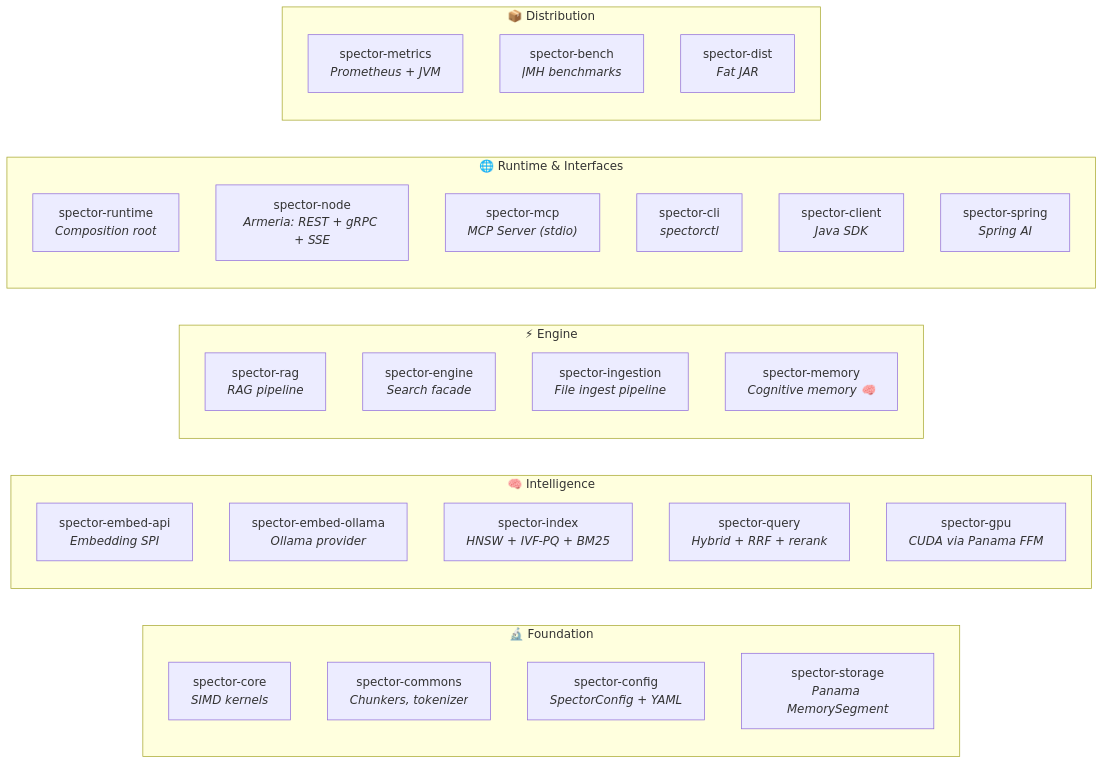
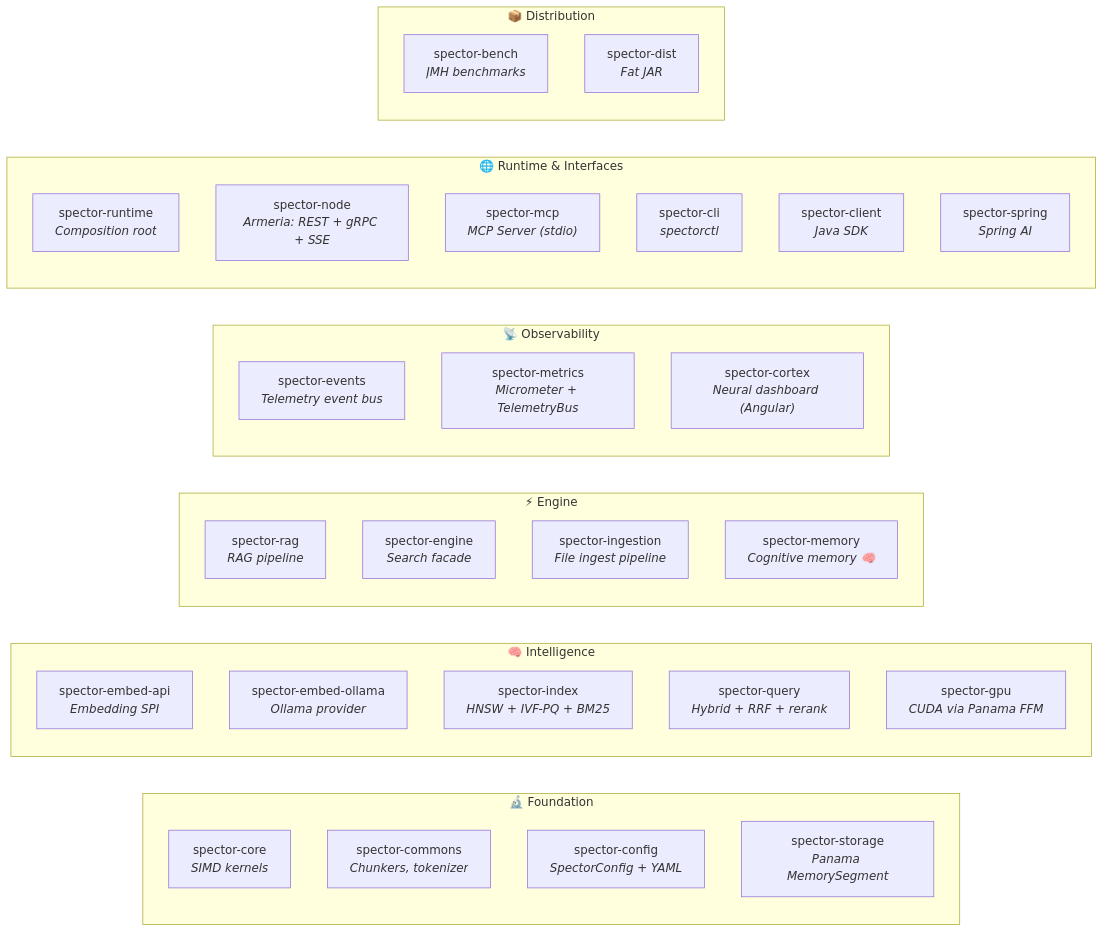
The first of 3 diagrams in docs/docs/modules/index.md (spectrayan/spector-search), drawn with Mermaid before and after one commit. The commit also changed other lines of this file and 9 other files, not shown here.

````diff
--- a/docs/docs/modules/index.md
+++ b/docs/docs/modules/index.md
@@ -9,39 +9,44 @@
 ```mermaid
 graph LR
     subgraph "🔬 Foundation"
         core["spector-core<br/><i>SIMD kernels</i>"]
         commons["spector-commons<br/><i>Chunkers, tokenizer</i>"]
         config["spector-config<br/><i>SpectorConfig + YAML</i>"]
         storage["spector-storage<br/><i>Panama MemorySegment</i>"]
     end
 
     subgraph "🧠 Intelligence"
         embedApi["spector-embed-api<br/><i>Embedding SPI</i>"]
         embedOllama["spector-embed-ollama<br/><i>Ollama provider</i>"]
         index["spector-index<br/><i>HNSW + IVF-PQ + BM25</i>"]
         query["spector-query<br/><i>Hybrid + RRF + rerank</i>"]
         gpu["spector-gpu<br/><i>CUDA via Panama FFM</i>"]
     end
 
     subgraph "⚡ Engine"
         rag["spector-rag<br/><i>RAG pipeline</i>"]
         engine["spector-engine<br/><i>Search facade</i>"]
         ingestion["spector-ingestion<br/><i>File ingest pipeline</i>"]
         memory["spector-memory<br/><i>Cognitive memory 🧠</i>"]
     end
 
+    subgraph "📡 Observability"
+        events["spector-events<br/><i>Telemetry event bus</i>"]
+        metrics["spector-metrics<br/><i>Micrometer + TelemetryBus</i>"]
+        cortex["spector-cortex<br/><i>Neural dashboard (Angular)</i>"]
+    end
+
     subgraph "🌐 Runtime & Interfaces"
         runtime["spector-runtime<br/><i>Composition root</i>"]
         node["spector-node<br/><i>Armeria: REST + gRPC + SSE</i>"]
         mcp["spector-mcp<br/><i>MCP Server (stdio)</i>"]
         cli["spector-cli<br/><i>spectorctl</i>"]
         client["spector-client<br/><i>Java SDK</i>"]
         spring["spector-spring<br/><i>Spring AI</i>"]
     end
 
     subgraph "📦 Distribution"
-        metrics["spector-metrics<br/><i>Prometheus + JVM</i>"]
         bench["spector-bench<br/><i>JMH benchmarks</i>"]
         dist["spector-dist<br/><i>Fat JAR</i>"]
     end
 ```
````
